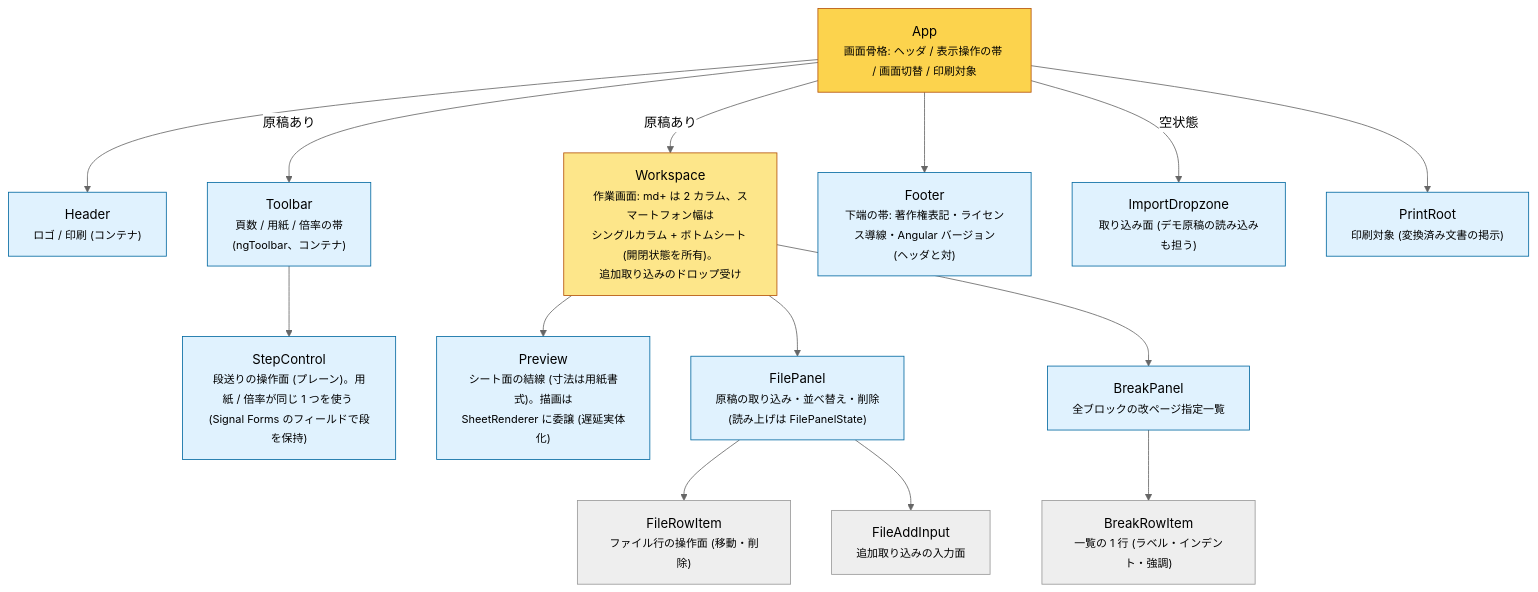
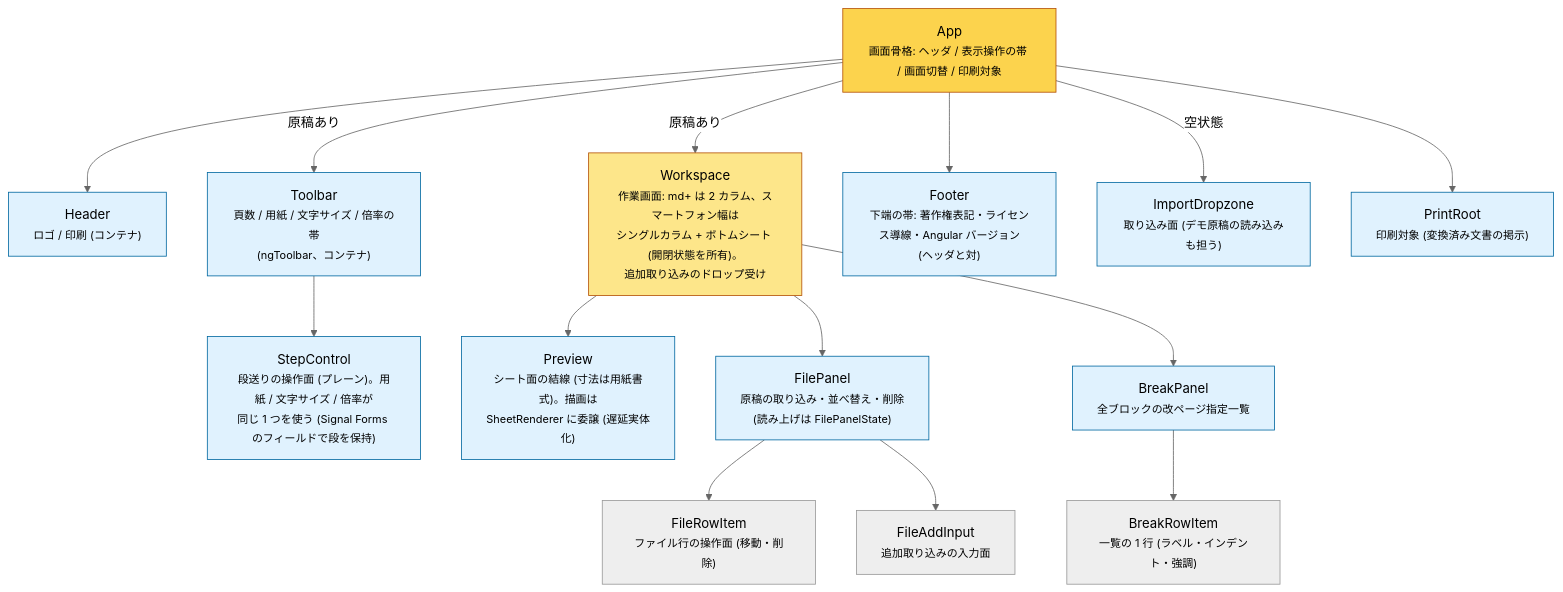
Before and after one commit to lacolaco/printmd: the diagram in docs/component-tree.md, drawn with Mermaid (neutral theme). The commit also changed other lines of this file and 16 other files, not shown here.

````diff
--- a/docs/component-tree.md
+++ b/docs/component-tree.md
@@ -6,38 +6,38 @@
 ```mermaid
 flowchart TB
   APP["App<br/><small>画面骨格: ヘッダ / 表示操作の帯 / 画面切替 / 印刷対象</small>"]
   HEADER["Header<br/><small>ロゴ / 印刷 (コンテナ)</small>"]
-  TOOLBAR["Toolbar<br/><small>頁数 / 用紙 / 倍率の帯<br/>(ngToolbar、コンテナ)</small>"]
-  STEPC["StepControl<br/><small>段送りの操作面 (プレーン)。用紙 / 倍率が同じ 1 つを使う (Signal Forms のフィールドで段を保持)</small>"]
+  TOOLBAR["Toolbar<br/><small>頁数 / 用紙 / 文字サイズ / 倍率の帯<br/>(ngToolbar、コンテナ)</small>"]
+  STEPC["StepControl<br/><small>段送りの操作面 (プレーン)。用紙 / 文字サイズ / 倍率が<br/>同じ 1 つを使う (Signal Forms のフィールドで段を保持)</small>"]
   WS["Workspace<br/><small>作業画面: md+ は 2 カラム、スマートフォン幅は<br/>シングルカラム + ボトムシート (開閉状態を所有)。<br/>追加取り込みのドロップ受け</small>"]
   PREVIEW["Preview<br/><small>シート面の結線 (寸法は用紙書式)。描画は<br/>SheetRenderer に委譲 (遅延実体化)</small>"]
   FILEP["FilePanel<br/><small>原稿の取り込み・並べ替え・削除<br/>(読み上げは FilePanelState)</small>"]
   BREAKP["BreakPanel<br/><small>全ブロックの改ページ指定一覧</small>"]
   BREAKROW["BreakRowItem<br/><small>一覧の 1 行 (ラベル・インデント・強調)</small>"]
   FILEROW["FileRowItem<br/><small>ファイル行の操作面 (移動・削除)</small>"]
   FILEADD["FileAddInput<br/><small>追加取り込みの入力面</small>"]
   FOOTER["Footer<br/><small>下端の帯: 著作権表記・ライセンス導線・Angular バージョン<br/>(ヘッダと対)</small>"]
   DROP["ImportDropzone<br/><small>取り込み面 (デモ原稿の読み込みも担う)</small>"]
   PRINT["PrintRoot<br/><small>印刷対象 (変換済み文書の掲示)</small>"]
 
   APP --> HEADER
   APP -->|"原稿あり"| TOOLBAR
   TOOLBAR --> STEPC
   APP --> FOOTER
   APP -->|"原稿あり"| WS
   APP -->|"空状態"| DROP
   APP --> PRINT
   WS --> PREVIEW
   WS --> FILEP
   WS --> BREAKP
   BREAKP --> BREAKROW
   FILEP --> FILEROW
   FILEP --> FILEADD
 
   classDef shell fill:#fcd34d,stroke:#b45309
   classDef layout fill:#fde68a,stroke:#b45309
   classDef leaf fill:#e0f2fe,stroke:#0369a1
   class APP shell
   class WS layout
   class HEADER,TOOLBAR,STEPC,PREVIEW,FILEP,BREAKP,FOOTER,DROP,PRINT leaf
 ```
````
